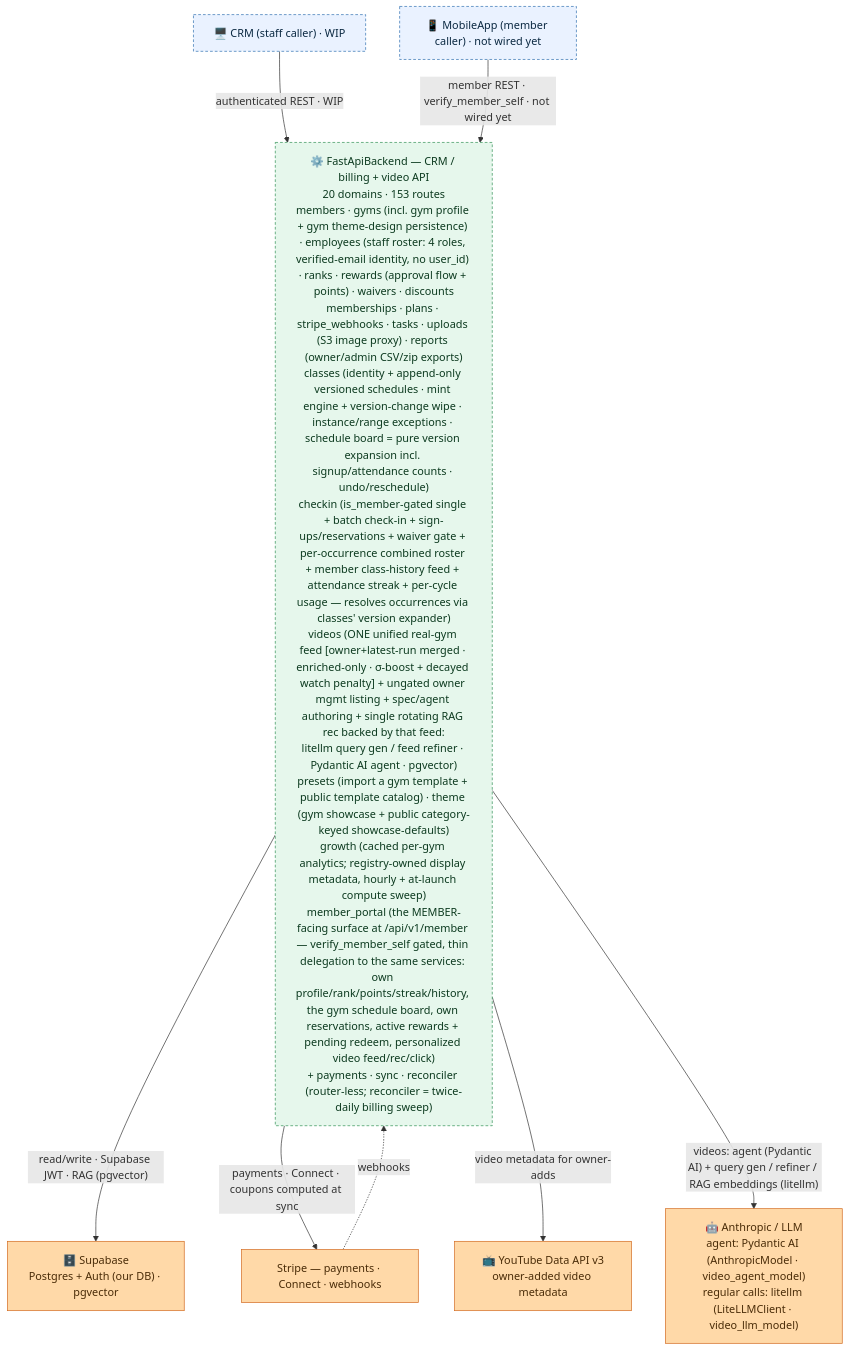
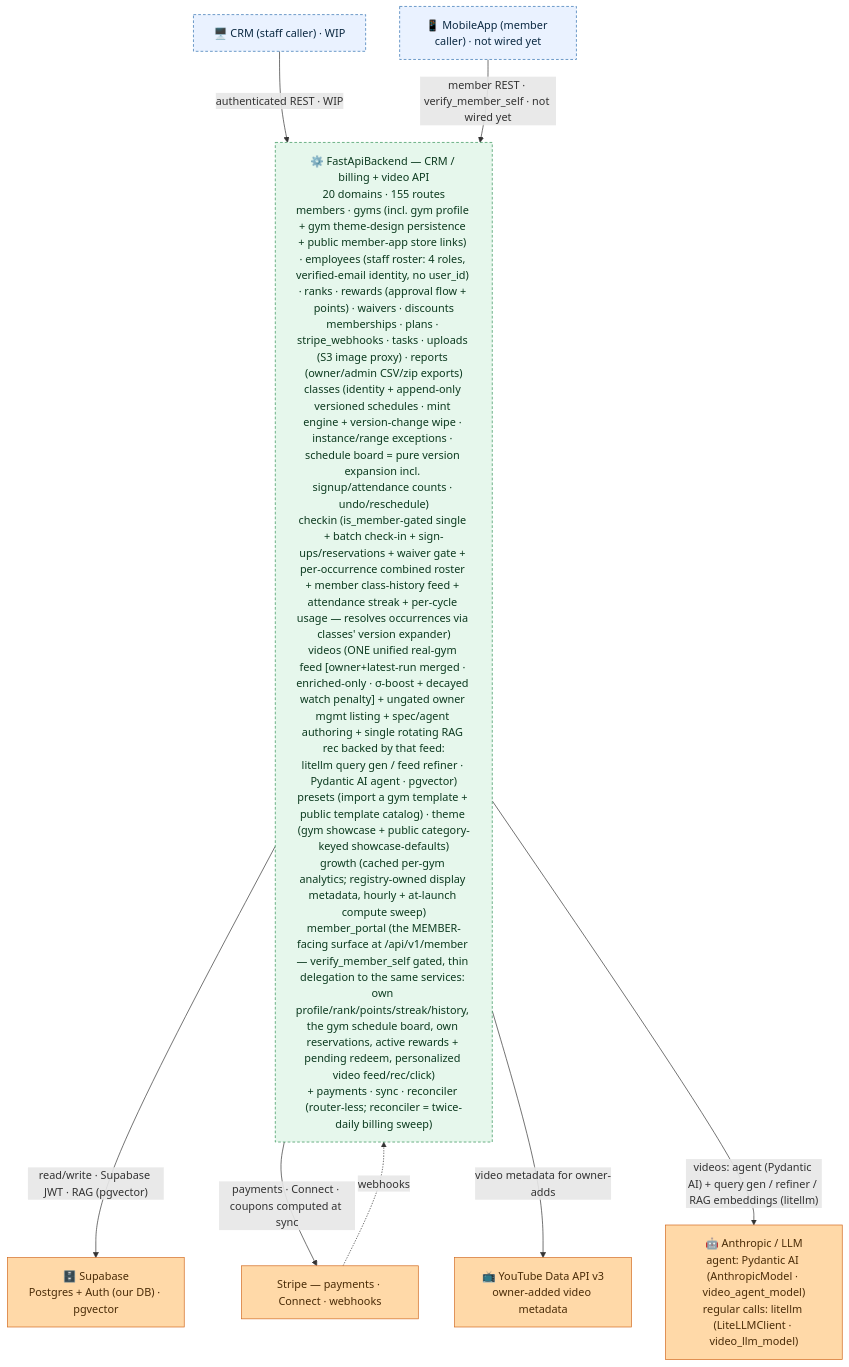
One commit to jesse51002/CombatDen changed the diagram in FastApiBackend/README.md. Above: the diagram before and after it, drawn with Mermaid. The commit also changed other lines of this file and 380 other files, not shown here.

First line of the commit message:
Kiosk Mode: front-desk iPad self check-in, retention glance, and self-serve signup (#59)

````diff
--- a/FastApiBackend/README.md
+++ b/FastApiBackend/README.md
@@ -16,26 +16,26 @@
 ```mermaid
 flowchart TB
   CRM["🖥️ CRM (staff caller) · WIP"]
   MobileApp["📱 MobileApp (member caller) · not wired yet"]
-  FB["⚙️ FastApiBackend — CRM / billing + video API<br/>20 domains · 153 routes<br/>members · gyms (incl. gym profile + gym theme-design persistence) · employees (staff roster: 4 roles, verified-email identity, no user_id) · ranks · rewards (approval flow + points) · waivers · discounts<br/>memberships · plans · stripe_webhooks · tasks · uploads (S3 image proxy) · reports (owner/admin CSV/zip exports)<br/>classes (identity + append-only versioned schedules · mint engine + version-change wipe · instance/range exceptions · schedule board = pure version expansion incl. signup/attendance counts · undo/reschedule)<br/>checkin (is_member-gated single + batch check-in + sign-ups/reservations + waiver gate + per-occurrence combined roster + member class-history feed + attendance streak + per-cycle usage — resolves occurrences via classes' version expander)<br/>videos (ONE unified real-gym feed [owner+latest-run merged · enriched-only · σ-boost + decayed watch penalty] + ungated owner mgmt listing + spec/agent authoring + single rotating RAG rec backed by that feed:<br/>litellm query gen / feed refiner · Pydantic AI agent · pgvector)<br/>presets (import a gym template + public template catalog) · theme (gym showcase + public category-keyed showcase-defaults)<br/>growth (cached per-gym analytics; registry-owned display metadata, hourly + at-launch compute sweep)<br/>member_portal (the MEMBER-facing surface at /api/v1/member — verify_member_self gated, thin delegation to the same services: own profile/rank/points/streak/history, the gym schedule board, own reservations, active rewards + pending redeem, personalized video feed/rec/click)<br/>+ payments · sync · reconciler (router-less; reconciler = twice-daily billing sweep)"]
+  FB["⚙️ FastApiBackend — CRM / billing + video API<br/>20 domains · 155 routes<br/>members · gyms (incl. gym profile + gym theme-design persistence + public member-app store links) · employees (staff roster: 4 roles, verified-email identity, no user_id) · ranks · rewards (approval flow + points) · waivers · discounts<br/>memberships · plans · stripe_webhooks · tasks · uploads (S3 image proxy) · reports (owner/admin CSV/zip exports)<br/>classes (identity + append-only versioned schedules · mint engine + version-change wipe · instance/range exceptions · schedule board = pure version expansion incl. signup/attendance counts · undo/reschedule)<br/>checkin (is_member-gated single + batch check-in + sign-ups/reservations + waiver gate + per-occurrence combined roster + member class-history feed + attendance streak + per-cycle usage — resolves occurrences via classes' version expander)<br/>videos (ONE unified real-gym feed [owner+latest-run merged · enriched-only · σ-boost + decayed watch penalty] + ungated owner mgmt listing + spec/agent authoring + single rotating RAG rec backed by that feed:<br/>litellm query gen / feed refiner · Pydantic AI agent · pgvector)<br/>presets (import a gym template + public template catalog) · theme (gym showcase + public category-keyed showcase-defaults)<br/>growth (cached per-gym analytics; registry-owned display metadata, hourly + at-launch compute sweep)<br/>member_portal (the MEMBER-facing surface at /api/v1/member — verify_member_self gated, thin delegation to the same services: own profile/rank/points/streak/history, the gym schedule board, own reservations, active rewards + pending redeem, personalized video feed/rec/click)<br/>+ payments · sync · reconciler (router-less; reconciler = twice-daily billing sweep)"]
   Supabase["🗄️ Supabase<br/>Postgres + Auth (our DB) · pgvector"]
   Stripe["Stripe — payments · Connect · webhooks"]
   YouTube["📺 YouTube Data API v3<br/>owner-added video metadata"]
   LLMProvider["🤖 Anthropic / LLM<br/>agent: Pydantic AI (AnthropicModel · video_agent_model)<br/>regular calls: litellm (LiteLLMClient · video_llm_model)"]
   CRM -->|"authenticated REST · WIP"| FB
   MobileApp -->|"member REST · verify_member_self · not wired yet"| FB
   FB -->|"read/write · Supabase JWT · RAG (pgvector)"| Supabase
   FB -->|"payments · Connect · coupons computed at sync"| Stripe
   Stripe -.->|"webhooks"| FB
   FB -->|"video metadata for owner-adds"| YouTube
   FB -->|"videos: agent (Pydantic AI) + query gen / refiner / RAG embeddings (litellm)"| LLMProvider
   classDef client fill:#eaf2ff,stroke:#2f6fb0,color:#0b2942;
   classDef svc fill:#e6f7ec,stroke:#2f8f53,color:#0c3a1f;
   classDef ext fill:#ffd9a8,stroke:#d2691e,color:#4a2c08;
   class CRM,MobileApp client;
   class FB svc;
   class Supabase,Stripe,YouTube,LLMProvider ext;
   style CRM stroke-dasharray:4 3;
   style MobileApp stroke-dasharray:4 3;
   style FB stroke-dasharray:4 3;
 ```
````
